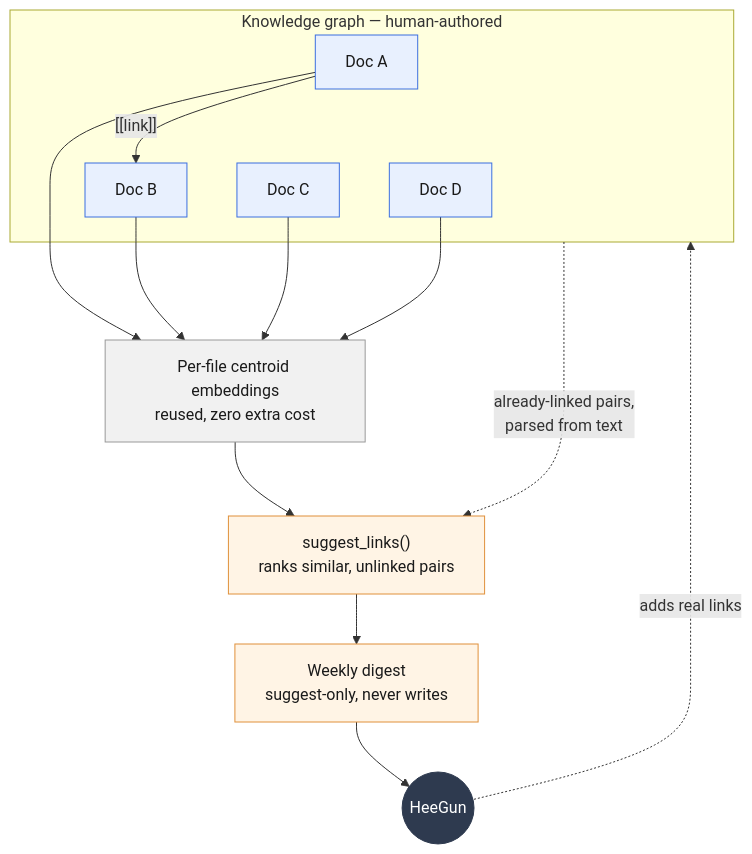
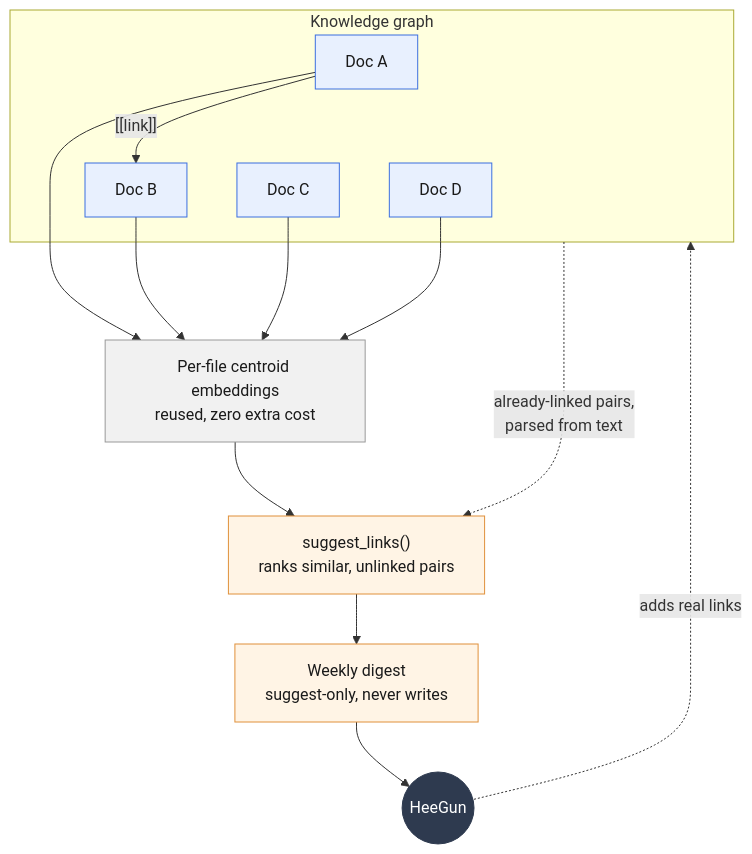
The second of 2 diagrams in semantic-search-mcp/README.md (heeguneom/gtm-engineering-portfolio), drawn with Mermaid before and after one commit.

Commit message:
Shorten subgraph title to stop it wrapping into the node below

````diff
--- a/semantic-search-mcp/README.md
+++ b/semantic-search-mcp/README.md
@@ -66,24 +66,24 @@
 ```mermaid
 flowchart TD
-    subgraph Graph["Knowledge graph — human-authored"]
+    subgraph Graph["Knowledge graph"]
         A["Doc A"]:::doc -->|"[[link]]"| B["Doc B"]:::doc
         C["Doc C"]:::doc
         D["Doc D"]:::doc
     end
 
     A --> EMB["Per-file centroid embeddings<br/>reused, zero extra cost"]:::emb
     B --> EMB
     C --> EMB
     D --> EMB
 
     Graph -.->|"already-linked pairs,<br/>parsed from text"| SL
     EMB --> SL["suggest_links()<br/>ranks similar, unlinked pairs"]:::tool
     SL --> DIG["Weekly digest<br/>suggest-only, never writes"]:::tool
     DIG --> HUM(("HeeGun")):::human
     HUM -.->|"adds real links"| Graph
 
     classDef doc fill:#E8F0FE,stroke:#3B6FE0,color:#1A1A1A;
     classDef emb fill:#F1F1F1,stroke:#999999,color:#1A1A1A;
     classDef tool fill:#FFF4E5,stroke:#E0903B,color:#1A1A1A;
     classDef human fill:#2E3A4F,stroke:#2E3A4F,color:#ffffff;
 ```
````
